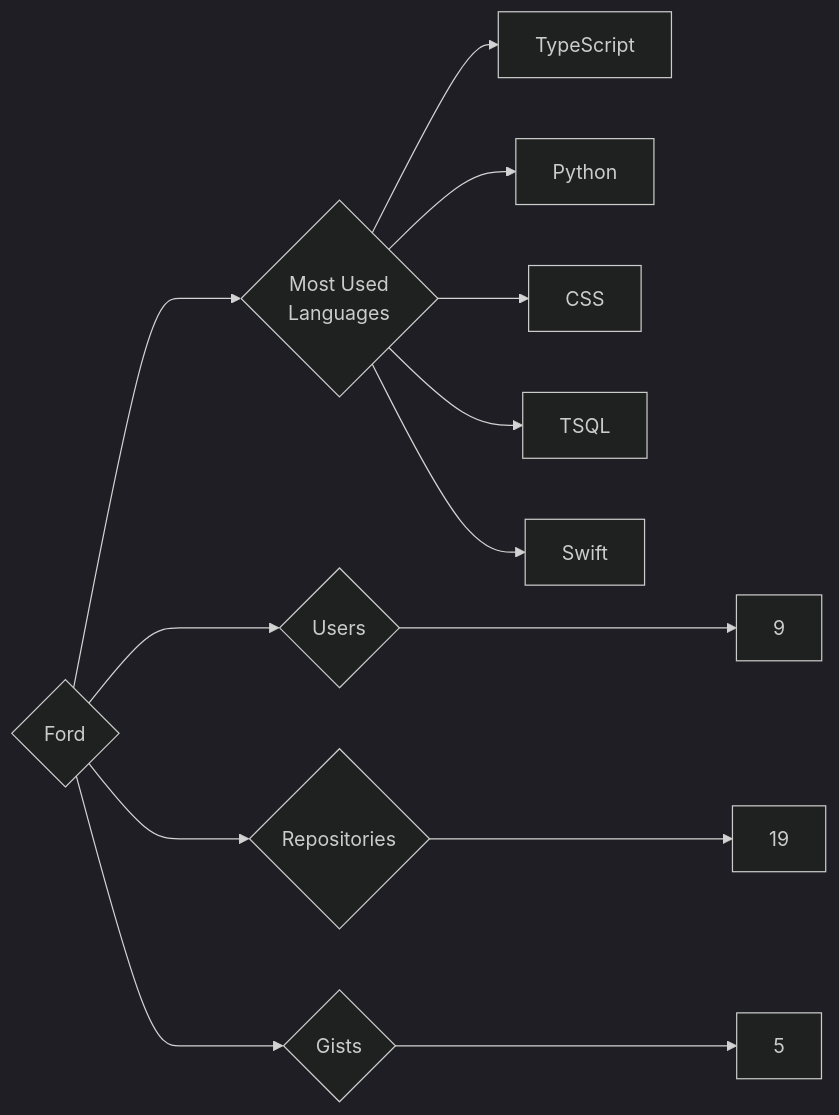
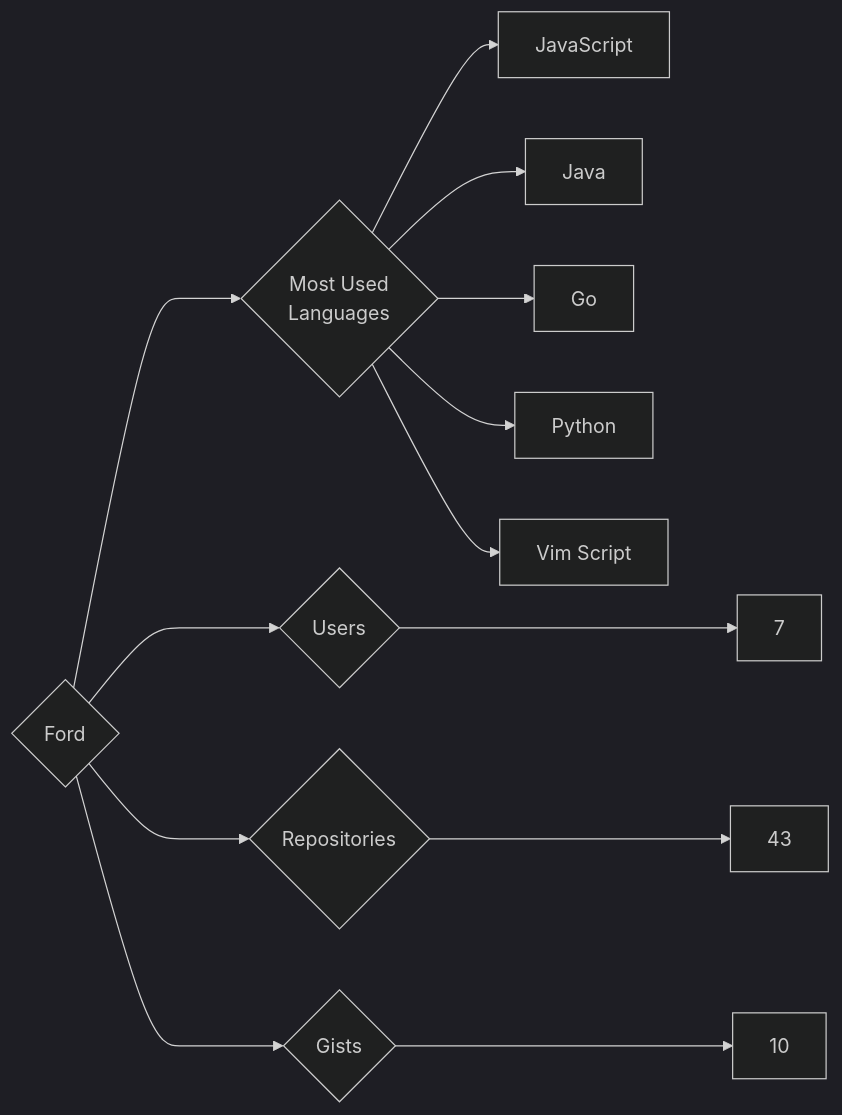
Before and after one commit to trickest/insiders: the diagram in targets/Ford/README.md, drawn with Mermaid (dark theme). The commit also changed 997 other files, not shown here.

````diff
--- a/targets/Ford/README.md
+++ b/targets/Ford/README.md
@@ -3,13 +3,13 @@
 ```mermaid
 graph LR
 COMPANY_NAME{Ford}
-COMPANY_NAME ---> U{Users} ---> UN[9]
-COMPANY_NAME ---> R{Repositories} ---> RN[19]
-COMPANY_NAME ---> G{Gists} ---> GN[5]
+COMPANY_NAME ---> U{Users} ---> UN[7]
+COMPANY_NAME ---> R{Repositories} ---> RN[43]
+COMPANY_NAME ---> G{Gists} ---> GN[10]
 COMPANY_NAME ---> ML{Most Used<br>Languages}
-ML --> TypeScript[TypeScript]
+ML --> JavaScript[JavaScript]
+ML --> Java[Java]
+ML --> Go[Go]
 ML --> Python[Python]
-ML --> CSS[CSS]
-ML --> TSQL[TSQL]
-ML --> Swift[Swift]
+ML --> Vim_Script[Vim Script]
 ```
````
